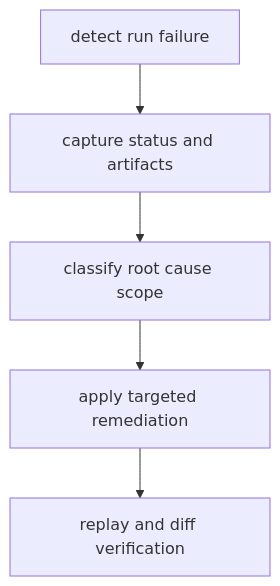
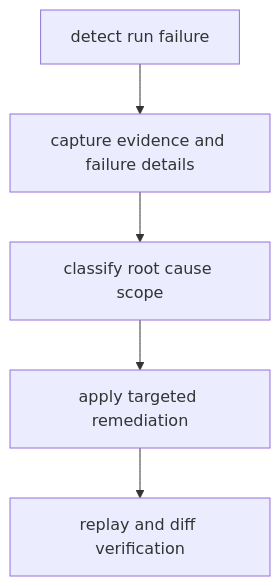
The diagram in docs/bijux-dag/operations/failure-recovery.md (bijux/bijux-cli), drawn with Mermaid before and after one commit. The commit also changed other lines of this file and 6 other files, not shown here.

````diff
--- a/docs/bijux-dag/operations/failure-recovery.md
+++ b/docs/bijux-dag/operations/failure-recovery.md
@@ -17,7 +17,7 @@
 ```mermaid
 flowchart TD
-    fail[detect run failure] --> capture[capture status and artifacts]
+    fail[detect run failure] --> capture[capture evidence and failure details]
     capture --> classify[classify root cause scope]
     classify --> remediate[apply targeted remediation]
     remediate --> replay[replay and diff verification]
 ```
````
